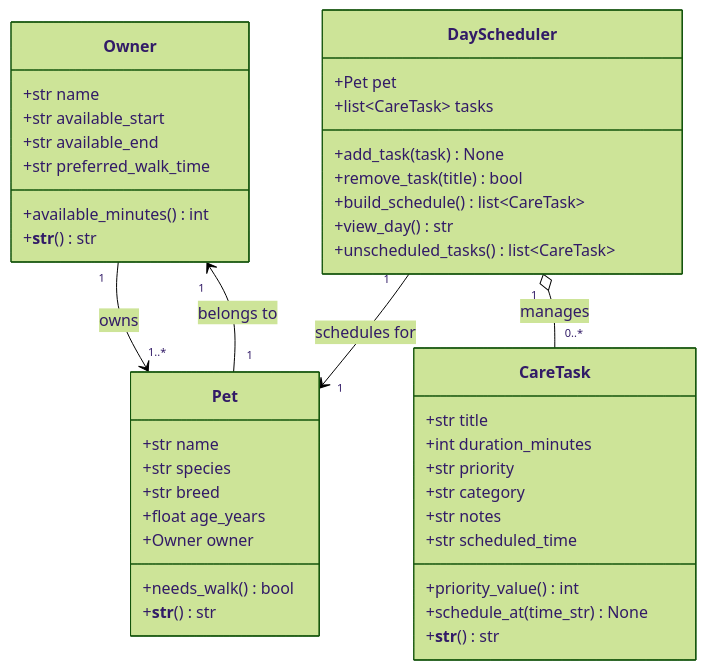
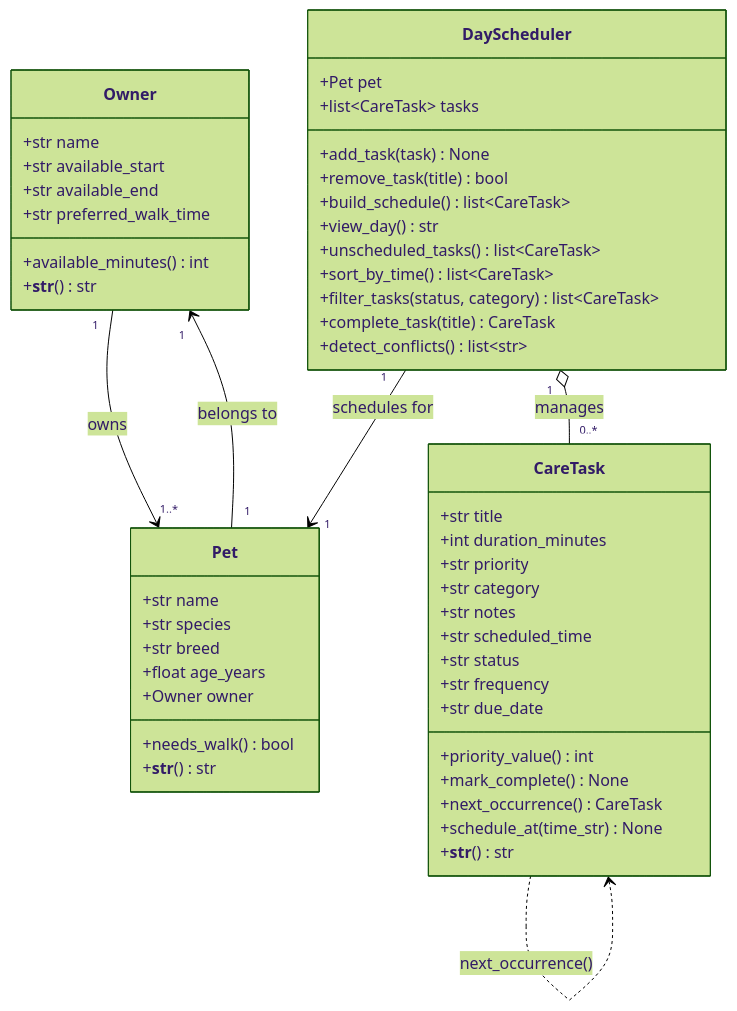
The diagram in diagram.md (Juann-Espitia/ai110-module2show-pawpal-starter), drawn with Mermaid (forest theme) before and after one commit. The commit also changed other lines of this file and 4 other files, not shown here.

````diff
--- a/diagram.md
+++ b/diagram.md
@@ -3,48 +3,58 @@
 ```mermaid
 classDiagram
     class Owner {
         +str name
         +str available_start
         +str available_end
         +str preferred_walk_time
         +available_minutes() int
         +__str__() str
     }
 
     class Pet {
         +str name
         +str species
         +str breed
         +float age_years
         +Owner owner
         +needs_walk() bool
         +__str__() str
     }
 
     class CareTask {
         +str title
         +int duration_minutes
         +str priority
         +str category
         +str notes
         +str scheduled_time
+        +str status
+        +str frequency
+        +str due_date
         +priority_value() int
+        +mark_complete() None
+        +next_occurrence() CareTask
         +schedule_at(time_str) None
         +__str__() str
     }
 
     class DayScheduler {
         +Pet pet
         +list~CareTask~ tasks
         +add_task(task) None
         +remove_task(title) bool
         +build_schedule() list~CareTask~
         +view_day() str
         +unscheduled_tasks() list~CareTask~
+        +sort_by_time() list~CareTask~
+        +filter_tasks(status, category) list~CareTask~
+        +complete_task(title) CareTask
+        +detect_conflicts() list~str~
     }
 
     Owner "1" --> "1..*" Pet : owns
     Pet "1" --> "1" Owner : belongs to
     DayScheduler "1" --> "1" Pet : schedules for
     DayScheduler "1" o-- "0..*" CareTask : manages
+    CareTask ..> CareTask : next_occurrence()
 ```
````
